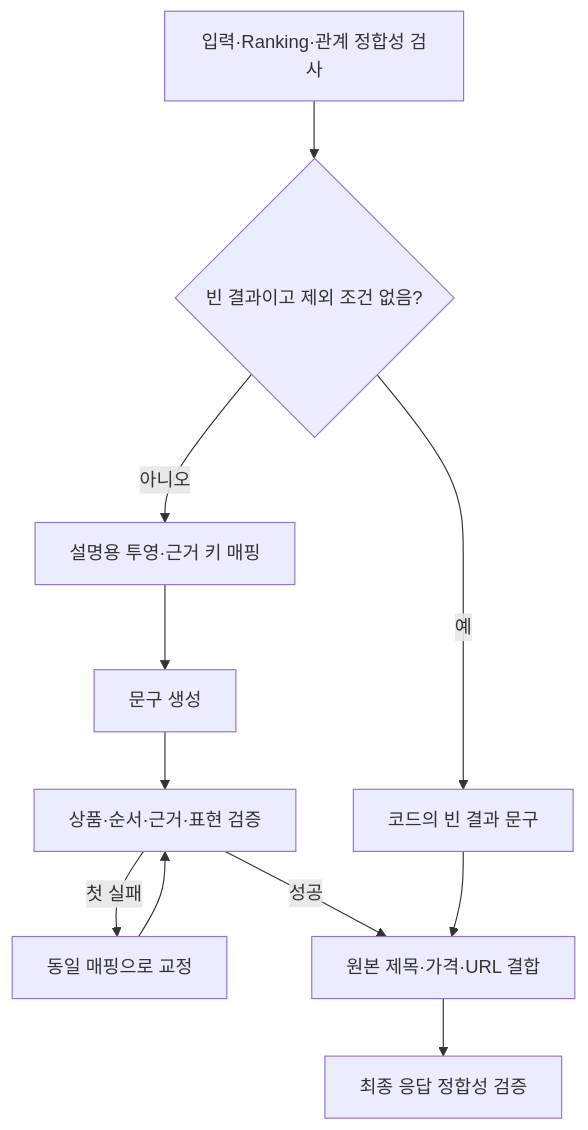
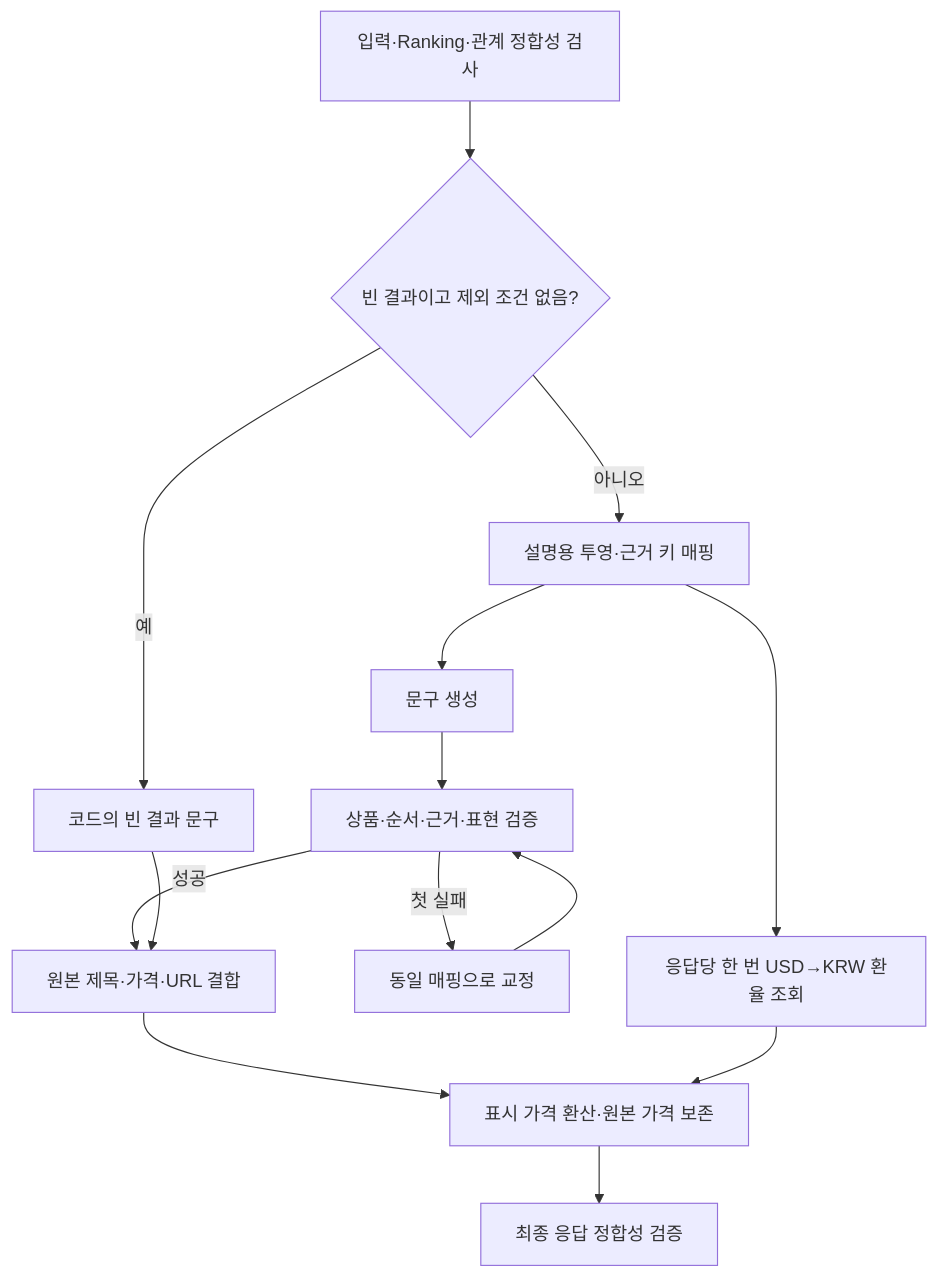
The diagram in docs/summary.md (dorammiik/fashion_recommendation_public), drawn with Mermaid before and after one commit. The commit also changed other lines of this file and 208 other files, not shown here.

````diff
--- a/docs/summary.md
+++ b/docs/summary.md
@@ -38,13 +38,16 @@
 ```mermaid
 flowchart TD
   I[입력·Ranking·관계 정합성 검사] --> E{빈 결과이고 제외 조건 없음?}
   E -->|예| Z[코드의 빈 결과 문구]
   E -->|아니오| P[설명용 투영·근거 키 매핑]
   P --> G[문구 생성]
+  P --> F[응답당 한 번 USD→KRW 환율 조회]
   G --> V[상품·순서·근거·표현 검증]
   V -->|첫 실패| C[동일 매핑으로 교정]
   C --> V
   V -->|성공| J[원본 제목·가격·URL 결합]
   Z --> J
-  J --> R[최종 응답 정합성 검증]
+  J --> K[표시 가격 환산·원본 가격 보존]
+  F --> K
+  K --> R[최종 응답 정합성 검증]
 ```
````
